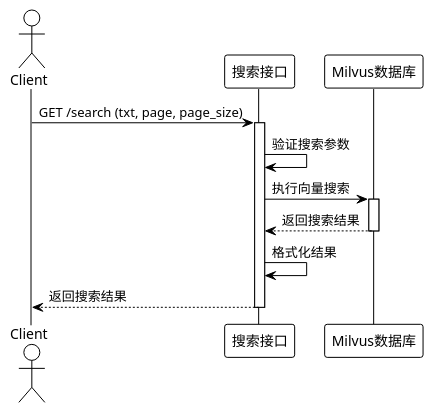
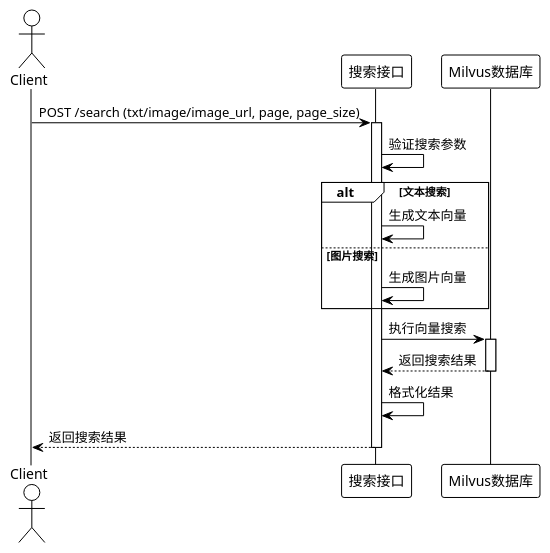
Before and after one commit to qiuchen001/vision-perception-sample: the diagram in docs/视频搜索时序图.wsd, drawn with PlantUML. The commit also changed 1 other file, not shown here.

```diff
--- a/docs/视频搜索时序图.wsd
+++ b/docs/视频搜索时序图.wsd
@@ -1,22 +1,28 @@
 @startuml search-sequence
 !theme plain
 actor Client
 participant "搜索接口" as SearchAPI
 participant "Milvus数据库" as Milvus
 
-Client -> SearchAPI: GET /search (txt, page, page_size)
+Client -> SearchAPI: POST /search (txt/image/image_url, page, page_size)
 activate SearchAPI
 
 SearchAPI -> SearchAPI: 验证搜索参数
+
+alt 文本搜索
+    SearchAPI -> SearchAPI: 生成文本向量
+else 图片搜索
+    SearchAPI -> SearchAPI: 生成图片向量
+end
 
 SearchAPI -> Milvus: 执行向量搜索
 activate Milvus
 Milvus --> SearchAPI: 返回搜索结果
 deactivate Milvus
 
 SearchAPI -> SearchAPI: 格式化结果
 
 SearchAPI --> Client: 返回搜索结果
 deactivate SearchAPI
 
 @enduml
```
